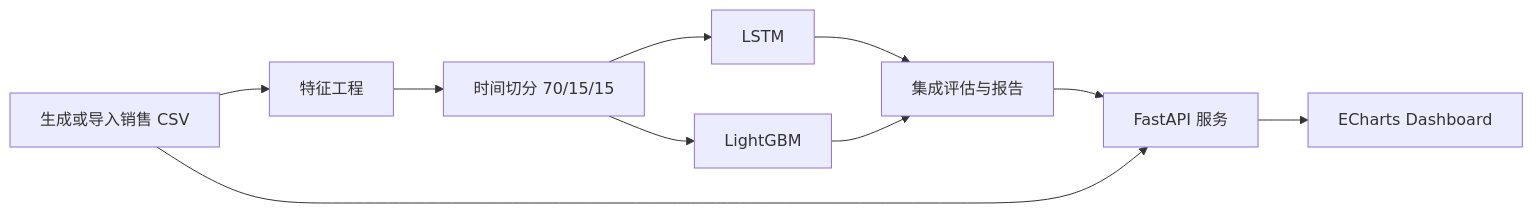
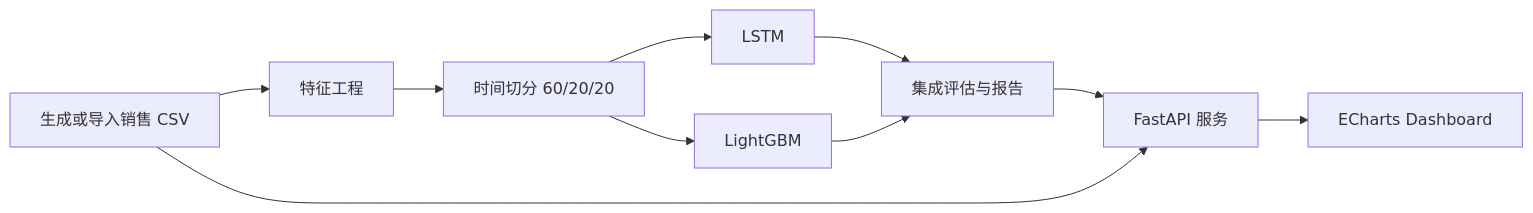
One commit to Caser-86/sales-forecast-dashboard changed the diagram in README.md. Above: the diagram before and after it, drawn with Mermaid. The commit also changed other lines of this file and 17 other files, not shown here.

````diff
--- a/README.md
+++ b/README.md
@@ -36,12 +36,12 @@
 ```mermaid
 flowchart LR
     A[生成或导入销售 CSV] --> B[特征工程]
-    B --> C[时间切分 70/15/15]
+    B --> C[时间切分 60/20/20]
     C --> D[LSTM]
     C --> E[LightGBM]
     D --> F[集成评估与报告]
     E --> F
     F --> G[FastAPI 服务]
     A --> G
     G --> H[ECharts Dashboard]
 ```
````
